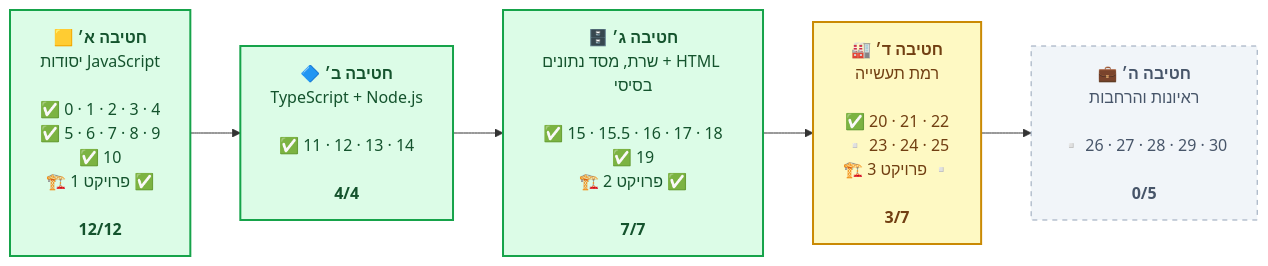
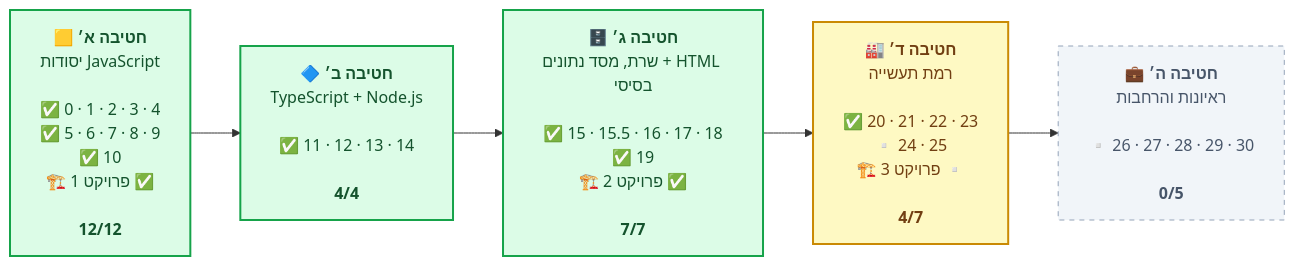
One commit to yeudaba/backend-course-he changed the first of 4 diagrams in README.md. Above: the diagram before and after it, drawn with Mermaid. The commit also changed other lines of this file and 2 other files, not shown here.

````diff
--- a/README.md
+++ b/README.md
@@ -80,15 +81,15 @@
 ```mermaid
 flowchart LR
   P0["🟨 <b>חטיבה א׳</b><br/>יסודות JavaScript<br/><br/>✅ 0 · 1 · 2 · 3 · 4<br/>✅ 5 · 6 · 7 · 8 · 9<br/>✅ 10<br/>🏗️ פרויקט 1 ✅<br/><br/><b>12/12</b>"]:::done
   P1["🔷 <b>חטיבה ב׳</b><br/>TypeScript + Node.js<br/><br/>✅ 11 · 12 · 13 · 14<br/><br/><b>4/4</b>"]:::done
   P2["🗄️ <b>חטיבה ג׳</b><br/>שרת, מסד נתונים + HTML בסיסי<br/><br/>✅ 15 · 15.5 · 16 · 17 · 18<br/>✅ 19<br/>🏗️ פרויקט 2 ✅<br/><br/><b>7/7</b>"]:::done
-  P3["🏭 <b>חטיבה ד׳</b><br/>רמת תעשייה<br/><br/>✅ 20 · 21 · 22<br/>▫️ 23 · 24 · 25<br/>🏗️ פרויקט 3 ▫️<br/><br/><b>3/7</b>"]:::progress
+  P3["🏭 <b>חטיבה ד׳</b><br/>רמת תעשייה<br/><br/>✅ 20 · 21 · 22 · 23<br/>▫️ 24 · 25<br/>🏗️ פרויקט 3 ▫️<br/><br/><b>4/7</b>"]:::progress
   P4["💼 <b>חטיבה ה׳</b><br/>ראיונות והרחבות<br/><br/>▫️ 26 · 27 · 28 · 29 · 30<br/><br/><b>0/5</b>"]:::planned
   P0 --> P1
   P1 --> P2
   P2 --> P3
   P3 --> P4
   classDef done fill:#dcfce7,stroke:#16a34a,color:#14532d,stroke-width:2px
   classDef progress fill:#fef9c3,stroke:#ca8a04,color:#713f12,stroke-width:2px
   classDef planned fill:#f1f5f9,stroke:#94a3b8,color:#475569,stroke-dasharray: 5 5
 ```
````
